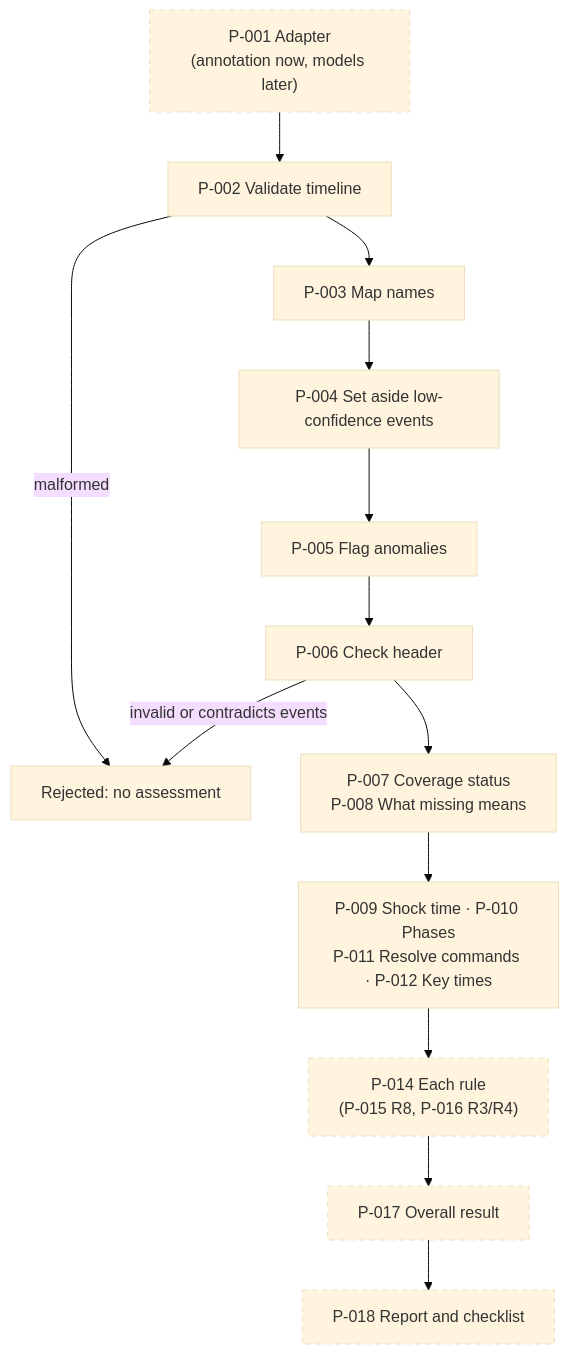
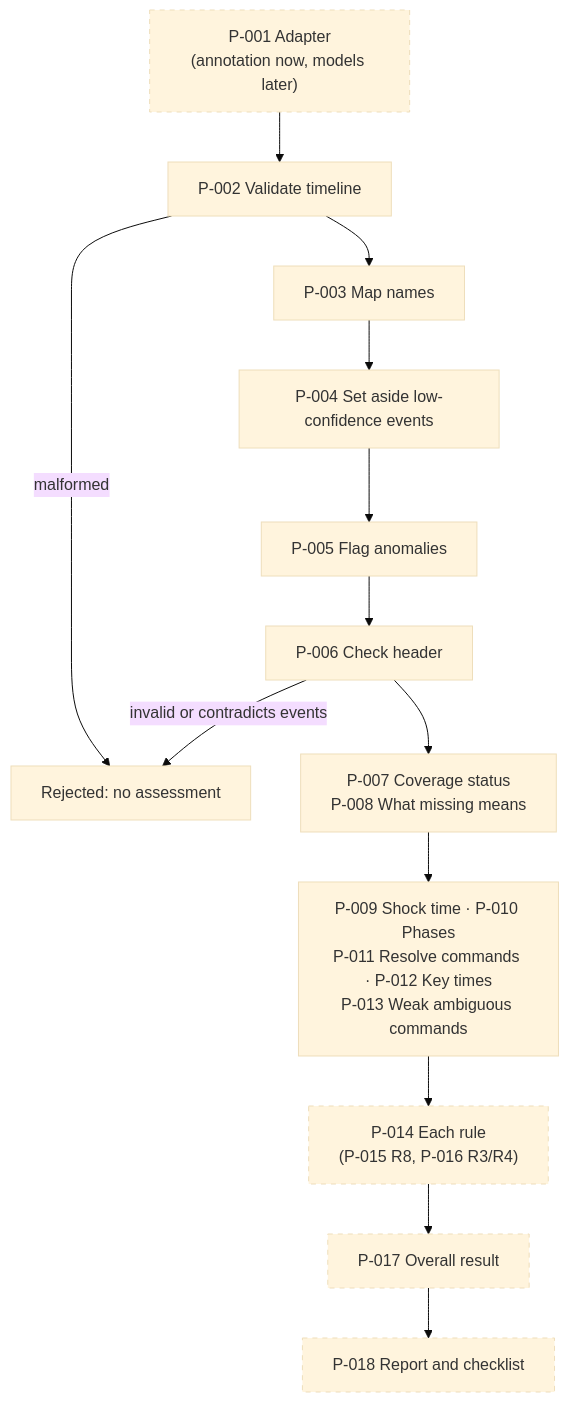
The second of 8 diagrams in docs/rule_engine/diagrams.md (ananthu65/defibrillator_research), drawn with Mermaid (base theme) before and after one commit. The commit also changed other lines of this file and 10 other files, not shown here.

First line of the commit message:
fix(rules): correct documented decision logic after diagram review

````diff
--- a/docs/rule_engine/diagrams.md
+++ b/docs/rule_engine/diagrams.md
@@ -35,21 +35,21 @@
 ```mermaid
 flowchart TD
     A["P-001 Adapter<br/>(annotation now, models later)"]:::planned
     B["P-002 Validate timeline"]
     C["P-003 Map names"]
     D["P-004 Set aside low-confidence events"]
     E["P-005 Flag anomalies"]
     F["P-006 Check header"]
     G["P-007 Coverage status<br/>P-008 What missing means"]
-    H["P-009 Shock time · P-010 Phases<br/>P-011 Resolve commands · P-012 Key times"]
+    H["P-009 Shock time · P-010 Phases<br/>P-011 Resolve commands · P-012 Key times<br/>P-013 Weak ambiguous commands"]
     I["P-014 Each rule<br/>(P-015 R8, P-016 R3/R4)"]:::planned
     J["P-017 Overall result"]:::planned
     K["P-018 Report and checklist"]:::planned
     X["Rejected: no assessment"]
     A --> B
     B -->|malformed| X
     B --> C --> D --> E --> F
     F -->|invalid or contradicts events| X
     F --> G --> H --> I --> J --> K
     classDef planned stroke-dasharray: 5 5
 ```
````
